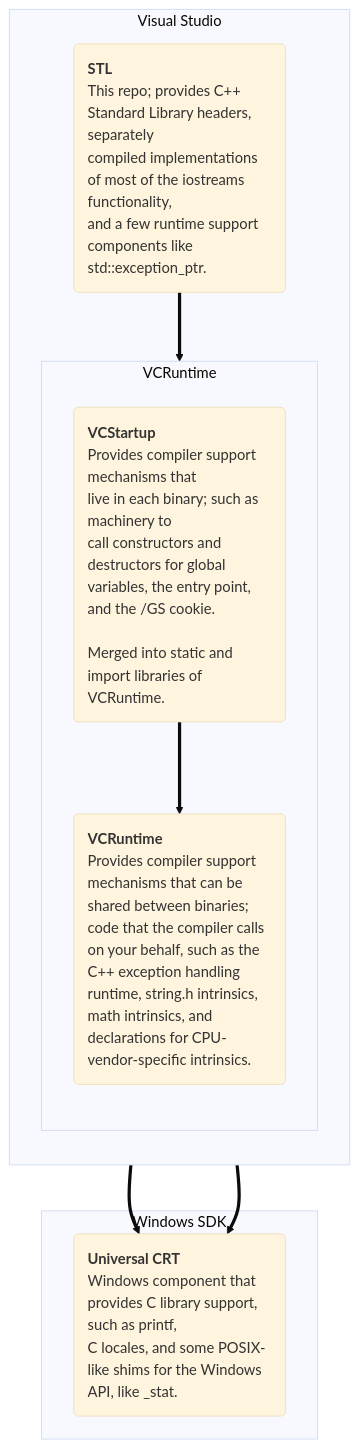
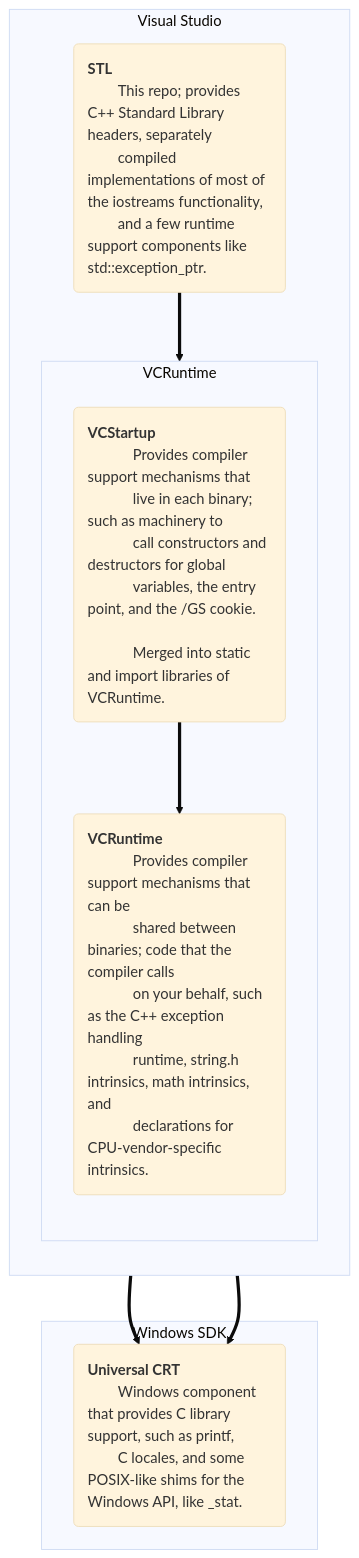
Before and after one commit to microsoft/STL: the diagram in README.md, drawn with Mermaid (base theme).

Commit message:
We can wrap long lines to introduce line breaks!

````diff
--- a/README.md
+++ b/README.md
@@ -417,18 +417,34 @@
 ```mermaid
 flowchart TB
     classDef default text-align:left
     subgraph VisualStudioSubgraph[Visual Studio]
         direction TB
-        STLNode("<b>STL</b><br>This repo; provides C++ Standard Library headers, separately<br>compiled implementations of most of the iostreams functionality,<br>and a few runtime support components like std::exception_ptr.")
+        STLNode("<b>STL</b>
+        This repo; provides C++ Standard Library headers, separately
+        compiled implementations of most of the iostreams functionality,
+        and a few runtime support components like std::exception_ptr.")
         subgraph VCRuntimeSubgraph[VCRuntime]
             direction TB
-            VCStartupNode("<b>VCStartup</b><br>Provides compiler support mechanisms that<br>live in each binary; such as machinery to<br>call constructors and destructors for global<br>variables, the entry point, and the /GS cookie.<br><br>Merged into static and import libraries of VCRuntime.")
-            VCRuntimeNode("<b>VCRuntime</b><br>Provides compiler support mechanisms that can be<br>shared between binaries; code that the compiler calls<br>on your behalf, such as the C++ exception handling<br>runtime, string.h intrinsics, math intrinsics, and<br>declarations for CPU-vendor-specific intrinsics.")
+            VCStartupNode("<b>VCStartup</b>
+            Provides compiler support mechanisms that
+            live in each binary; such as machinery to
+            call constructors and destructors for global
+            variables, the entry point, and the /GS cookie.
+
+            Merged into static and import libraries of VCRuntime.")
+            VCRuntimeNode("<b>VCRuntime</b>
+            Provides compiler support mechanisms that can be
+            shared between binaries; code that the compiler calls
+            on your behalf, such as the C++ exception handling
+            runtime, string.h intrinsics, math intrinsics, and
+            declarations for CPU-vendor-specific intrinsics.")
         end
     end
     subgraph WindowsSDKSubgraph[Windows SDK]
-        UniversalCRTNode("<b>Universal CRT</b><br>Windows component that provides C library support, such as printf,<br>C locales, and some POSIX-like shims for the Windows API, like _stat.")
+        UniversalCRTNode("<b>Universal CRT</b>
+        Windows component that provides C library support, such as printf,
+        C locales, and some POSIX-like shims for the Windows API, like _stat.")
     end
     STLNode ==> VCRuntimeSubgraph & UniversalCRTNode
     VCStartupNode ==> VCRuntimeNode ==> UniversalCRTNode
 ```
````
